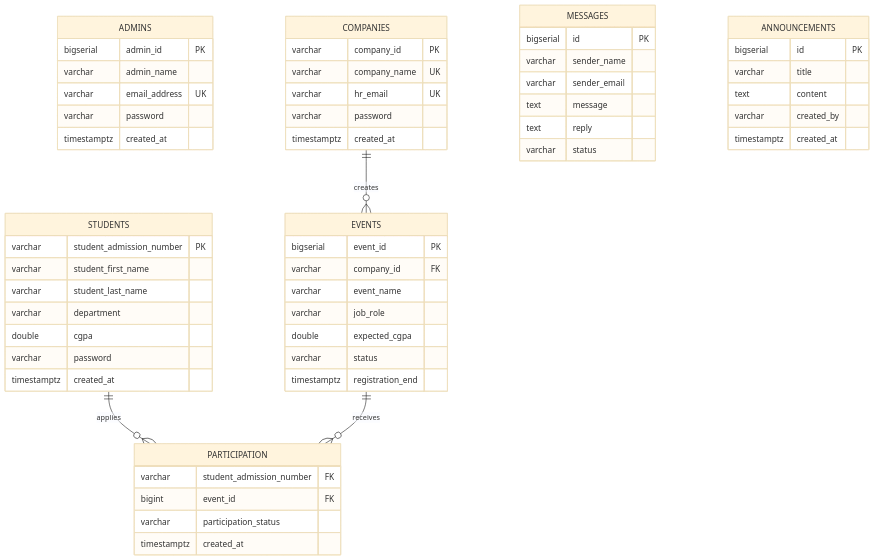
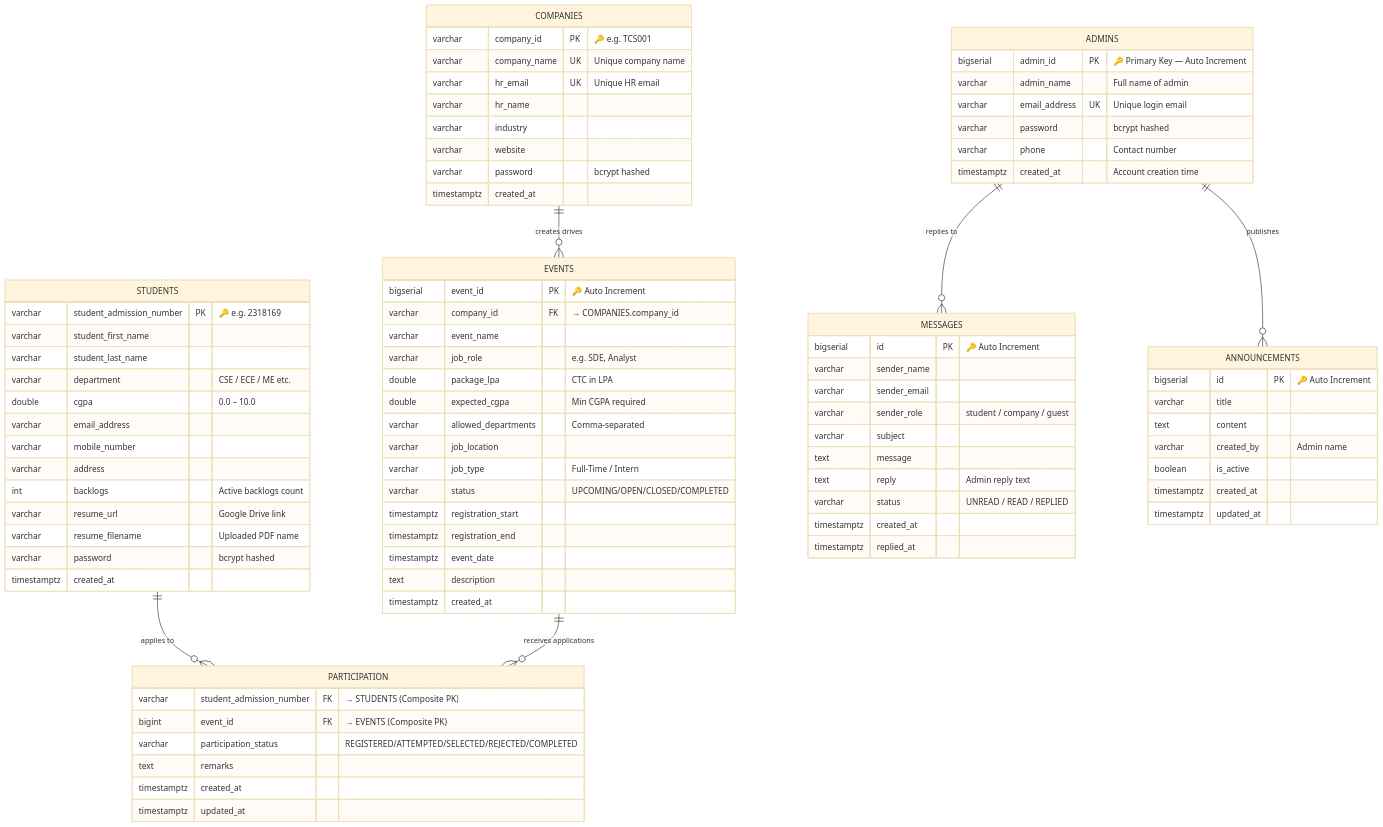
One commit to AbhishekGiri04/GEHU-Placement_Portal changed the third of 3 diagrams in README.md. Above: the diagram before and after it, drawn with Mermaid (base theme). The commit also changed other lines of this file, not shown here.

Commit message:
docs: fix folder structure, git clone URL, improve ER diagram, add contact & footer section

````diff
--- a/README.md
+++ b/README.md
@@ -236,60 +236,94 @@
 ```mermaid
 erDiagram
     ADMINS {
-        bigserial admin_id PK
-        varchar admin_name
-        varchar email_address UK
-        varchar password
-        timestamptz created_at
+        bigserial admin_id PK "🔑 Primary Key — Auto Increment"
+        varchar admin_name "Full name of admin"
+        varchar email_address UK "Unique login email"
+        varchar password "bcrypt hashed"
+        varchar phone "Contact number"
+        timestamptz created_at "Account creation time"
     }
+
     STUDENTS {
-        varchar student_admission_number PK
+        varchar student_admission_number PK "🔑 e.g. 2318169"
         varchar student_first_name
         varchar student_last_name
-        varchar department
-        double cgpa
-        varchar password
-        timestamptz created_at
-    }
-    COMPANIES {
-        varchar company_id PK
-        varchar company_name UK
-        varchar hr_email UK
-        varchar password
-        timestamptz created_at
-    }
-    EVENTS {
-        bigserial event_id PK
-        varchar company_id FK
-        varchar event_name
-        varchar job_role
-        double expected_cgpa
-        varchar status
-        timestamptz registration_end
-    }
-    PARTICIPATION {
-        varchar student_admission_number FK
-        bigint event_id FK
-        varchar participation_status
-        timestamptz created_at
-    }
-    MESSAGES {
-        bigserial id PK
-        varchar sender_name
-        varchar sender_email
-        text message
-        text reply
-        varchar status
-    }
-    ANNOUNCEMENTS {
-        bigserial id PK
-        varchar title
-        text content
-        varchar created_by
+        varchar department "CSE / ECE / ME etc."
+        double cgpa "0.0 – 10.0"
+        varchar email_address
+        varchar mobile_number
+        varchar address
+        int backlogs "Active backlogs count"
+        varchar resume_url "Google Drive link"
+        varchar resume_filename "Uploaded PDF name"
+        varchar password "bcrypt hashed"
         timestamptz created_at
     }
 
-    COMPANIES ||--o{ EVENTS : "creates"
-    STUDENTS ||--o{ PARTICIPATION : "applies"
-    EVENTS ||--o{ PARTICIPATION : "receives"
+    COMPANIES {
+        varchar company_id PK "🔑 e.g. TCS001"
+        varchar company_name UK "Unique company name"
+        varchar hr_email UK "Unique HR email"
+        varchar hr_name
+        varchar industry
+        varchar website
+        varchar password "bcrypt hashed"
+        timestamptz created_at
+    }
+
+    EVENTS {
+        bigserial event_id PK "🔑 Auto Increment"
+        varchar company_id FK "→ COMPANIES.company_id"
+        varchar event_name
+        varchar job_role "e.g. SDE, Analyst"
+        double package_lpa "CTC in LPA"
+        double expected_cgpa "Min CGPA required"
+        varchar allowed_departments "Comma-separated"
+        varchar job_location
+        varchar job_type "Full-Time / Intern"
+        varchar status "UPCOMING/OPEN/CLOSED/COMPLETED"
+        timestamptz registration_start
+        timestamptz registration_end
+        timestamptz event_date
+        text description
+        timestamptz created_at
+    }
+
+    PARTICIPATION {
+        varchar student_admission_number FK "→ STUDENTS (Composite PK)"
+        bigint event_id FK "→ EVENTS (Composite PK)"
+        varchar participation_status "REGISTERED/ATTEMPTED/SELECTED/REJECTED/COMPLETED"
+        text remarks
+        timestamptz created_at
+        timestamptz updated_at
+    }
+
+    MESSAGES {
+        bigserial id PK "🔑 Auto Increment"
+        varchar sender_name
+        varchar sender_email
+        varchar sender_role "student / company / guest"
+        varchar subject
+        text message
+        text reply "Admin reply text"
+        varchar status "UNREAD / READ / REPLIED"
+        timestamptz created_at
+        timestamptz replied_at
+    }
+
+    ANNOUNCEMENTS {
+        bigserial id PK "🔑 Auto Increment"
+        varchar title
+        text content
+        varchar created_by "Admin name"
+        boolean is_active
+        timestamptz created_at
+        timestamptz updated_at
+    }
+
+    COMPANIES ||--o{ EVENTS : "creates drives"
+    STUDENTS ||--o{ PARTICIPATION : "applies to"
+    EVENTS ||--o{ PARTICIPATION : "receives applications"
+    ADMINS ||--o{ ANNOUNCEMENTS : "publishes"
+    ADMINS ||--o{ MESSAGES : "replies to"
 ```
````
